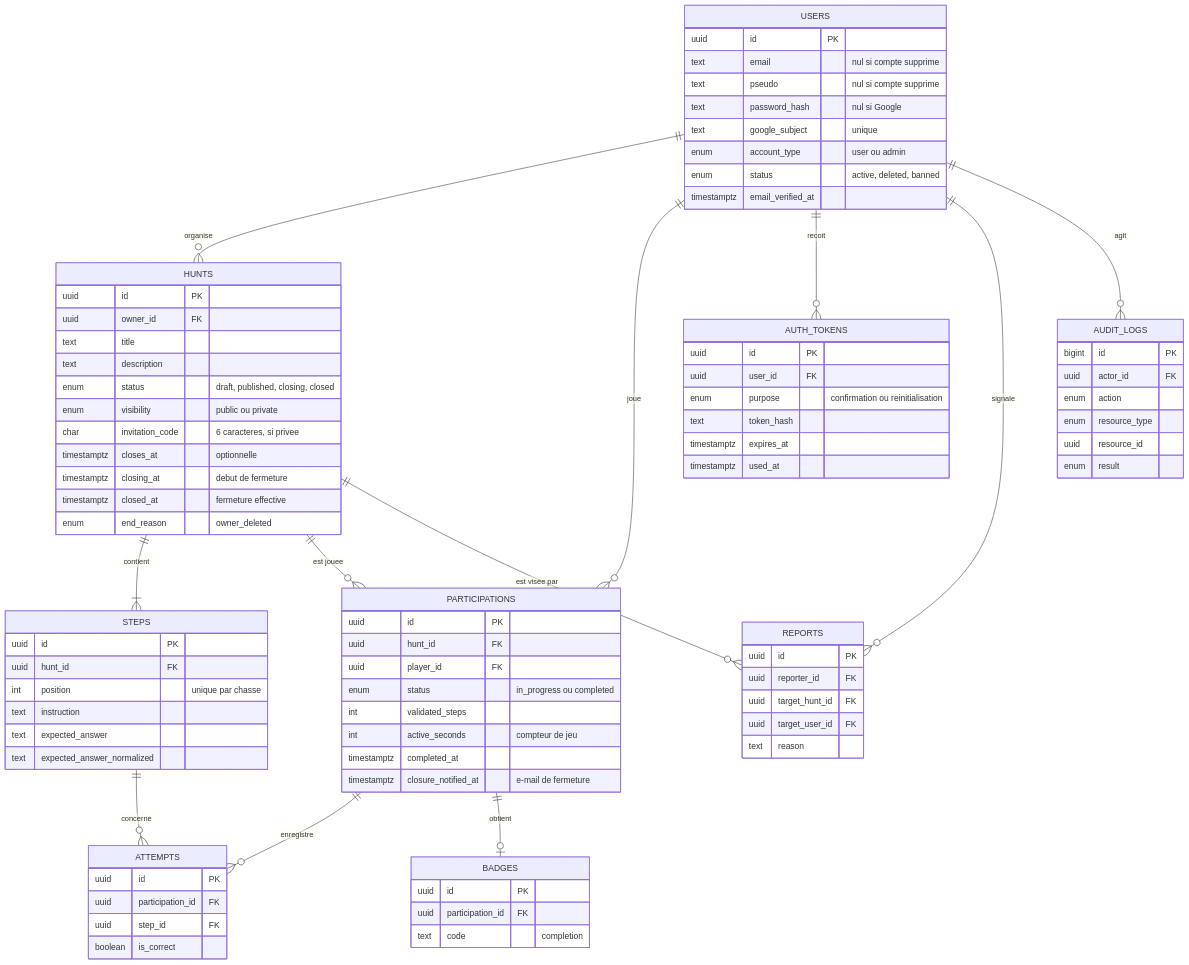
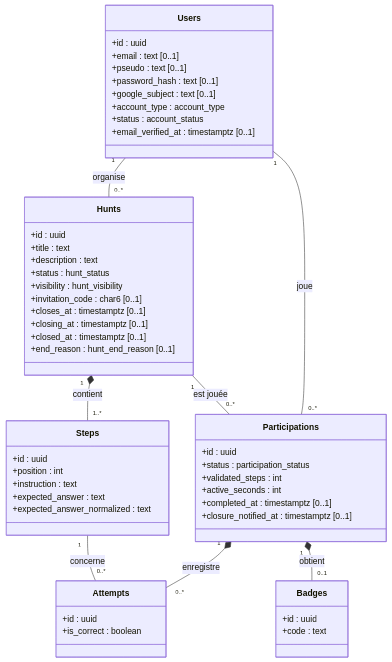
One commit to PROJET-ETUDE-LOOTOPIA/Lootopia changed the first of 5 diagrams in docs/conception/modele-de-donnees.md. Above: the diagram before and after it, drawn with Mermaid. The commit also changed other lines of this file, not shown here.

Commit message:
docs: mise à jour du modèle de données

````diff
--- a/docs/conception/modele-de-donnees.md
+++ b/docs/conception/modele-de-donnees.md
@@ -27,90 +39,57 @@
 ```mermaid
-erDiagram
-    USERS ||--o{ HUNTS : "organise"
-    USERS ||--o{ PARTICIPATIONS : "joue"
-    USERS ||--o{ AUTH_TOKENS : "recoit"
-    USERS ||--o{ REPORTS : "signale"
-    USERS ||--o{ AUDIT_LOGS : "agit"
-    HUNTS ||--|{ STEPS : "contient"
-    HUNTS ||--o{ PARTICIPATIONS : "est jouee"
-    HUNTS ||--o{ REPORTS : "est visee par"
-    PARTICIPATIONS ||--o{ ATTEMPTS : "enregistre"
-    STEPS ||--o{ ATTEMPTS : "concerne"
-    PARTICIPATIONS ||--o| BADGES : "obtient"
+classDiagram
+    direction TB
+    class Users {
+        +id : uuid
+        +email : text [0..1]
+        +pseudo : text [0..1]
+        +password_hash : text [0..1]
+        +google_subject : text [0..1]
+        +account_type : account_type
+        +status : account_status
+        +email_verified_at : timestamptz [0..1]
+    }
+    class Hunts {
+        +id : uuid
+        +title : text
+        +description : text
+        +status : hunt_status
+        +visibility : hunt_visibility
+        +invitation_code : char6 [0..1]
+        +closes_at : timestamptz [0..1]
+        +closing_at : timestamptz [0..1]
+        +closed_at : timestamptz [0..1]
+        +end_reason : hunt_end_reason [0..1]
+    }
+    class Steps {
+        +id : uuid
+        +position : int
+        +instruction : text
+        +expected_answer : text
+        +expected_answer_normalized : text
+    }
+    class Participations {
+        +id : uuid
+        +status : participation_status
+        +validated_steps : int
+        +active_seconds : int
+        +completed_at : timestamptz [0..1]
+        +closure_notified_at : timestamptz [0..1]
+    }
+    class Attempts {
+        +id : uuid
+        +is_correct : boolean
+    }
+    class Badges {
+        +id : uuid
+        +code : text
+    }
 
-    USERS {
-        uuid id PK
-        text email "nul si compte supprime"
-        text pseudo "nul si compte supprime"
-        text password_hash "nul si Google"
-        text google_subject "unique"
-        enum account_type "user ou admin"
-        enum status "active, deleted, banned"
-        timestamptz email_verified_at
-    }
-    HUNTS {
-        uuid id PK
-        uuid owner_id FK
-        text title
-        text description
-        enum status "draft, published, closing, closed"
-        enum visibility "public ou private"
-        char invitation_code "6 caracteres, si privee"
-        timestamptz closes_at "optionnelle"
-        timestamptz closing_at "debut de fermeture"
-        timestamptz closed_at "fermeture effective"
-        enum end_reason "owner_deleted"
-    }
-    STEPS {
-        uuid id PK
-        uuid hunt_id FK
-        int position "unique par chasse"
-        text instruction
-        text expected_answer
-        text expected_answer_normalized
-    }
-    PARTICIPATIONS {
-        uuid id PK
-        uuid hunt_id FK
-        uuid player_id FK
-        enum status "in_progress ou completed"
-        int validated_steps
-        int active_seconds "compteur de jeu"
-        timestamptz completed_at
-        timestamptz closure_notified_at "e-mail de fermeture"
-    }
-    ATTEMPTS {
-        uuid id PK
-        uuid participation_id FK
-        uuid step_id FK
-        boolean is_correct
-    }
-    BADGES {
-        uuid id PK
-        uuid participation_id FK
-        text code "completion"
-    }
-    REPORTS {
-        uuid id PK
-        uuid reporter_id FK
-        uuid target_hunt_id FK
-        uuid target_user_id FK
-        text reason
-    }
-    AUTH_TOKENS {
-        uuid id PK
-        uuid user_id FK
-        enum purpose "confirmation ou reinitialisation"
-        text token_hash
-        timestamptz expires_at
-        timestamptz used_at
-    }
-    AUDIT_LOGS {
-        bigint id PK
-        uuid actor_id FK
-        enum action
-        enum resource_type
-        uuid resource_id
-        enum result
-    }
+    Users "1" -- "0..*" Hunts : organise
+    Users "1" -- "0..*" Participations : joue
+    Hunts "1" *-- "1..*" Steps : contient
+    Hunts "1" -- "0..*" Participations : est jouée
+    Participations "1" *-- "0..*" Attempts : enregistre
+    Steps "1" -- "0..*" Attempts : concerne
+    Participations "1" *-- "0..1" Badges : obtient
 ```
````
